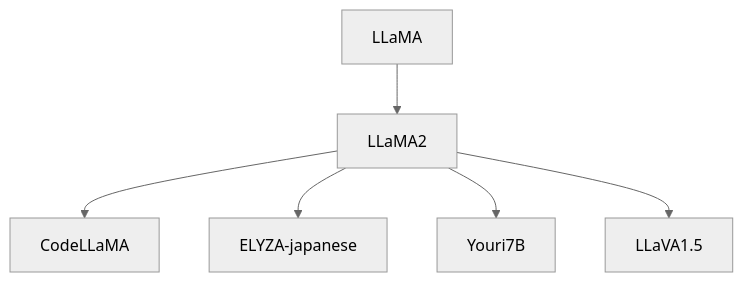
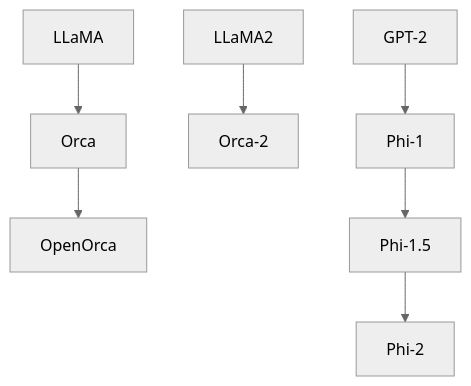
One commit to ted-sharp/chatvox changed diagram 20 of 25 in doc/llm.md. Above: the diagram before and after it, drawn with Mermaid (neutral theme). The commit also changed other lines of this file, not shown here.

````diff
--- a/doc/llm.md
+++ b/doc/llm.md
@@ -886,8 +940,7 @@
 ```mermaid
 flowchart
 
-LLaMA --> LLaMA2 --> CodeLLaMA
-LLaMA2 --> ELYZA-japanese
-LLaMA2 --> Youri7B
-LLaMA2 --> LLaVA1.5
+LLaMA --> Orca --> OpenOrca
+LLaMA2 --> Orca-2
+GPT-2 --> Phi-1 --> Phi-1.5 --> Phi-2
 ```
````
